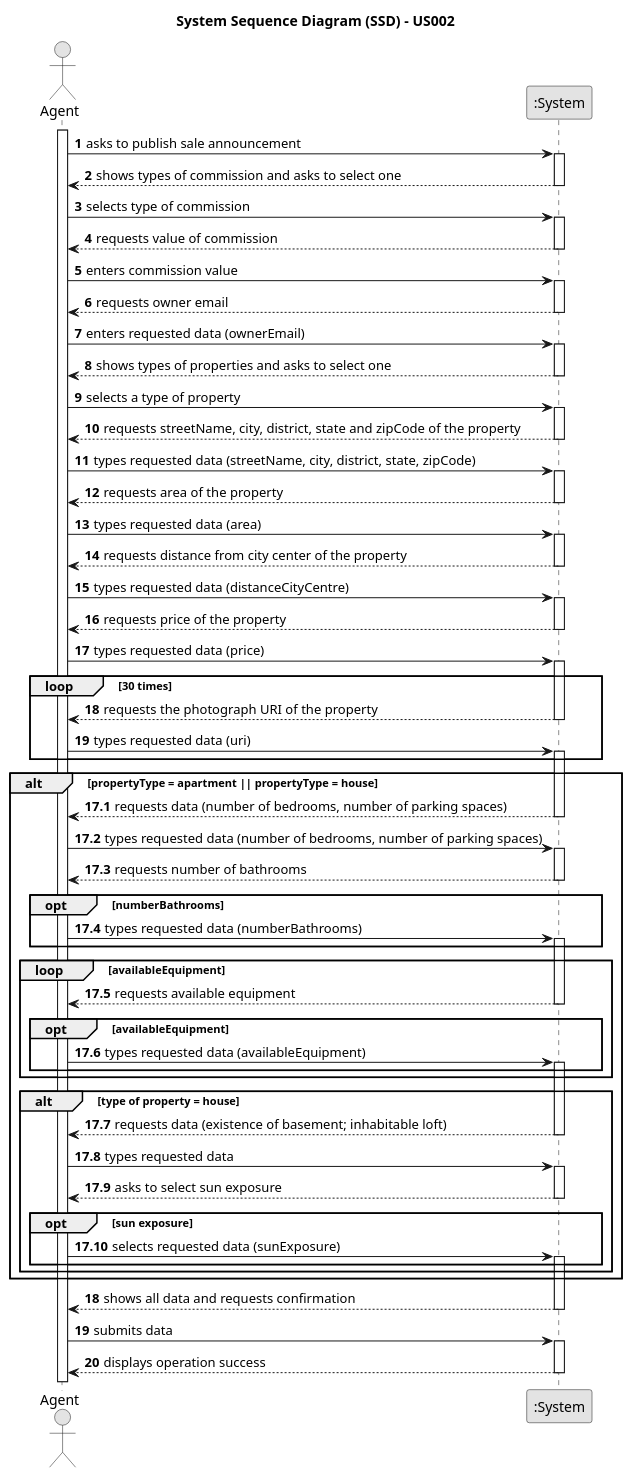
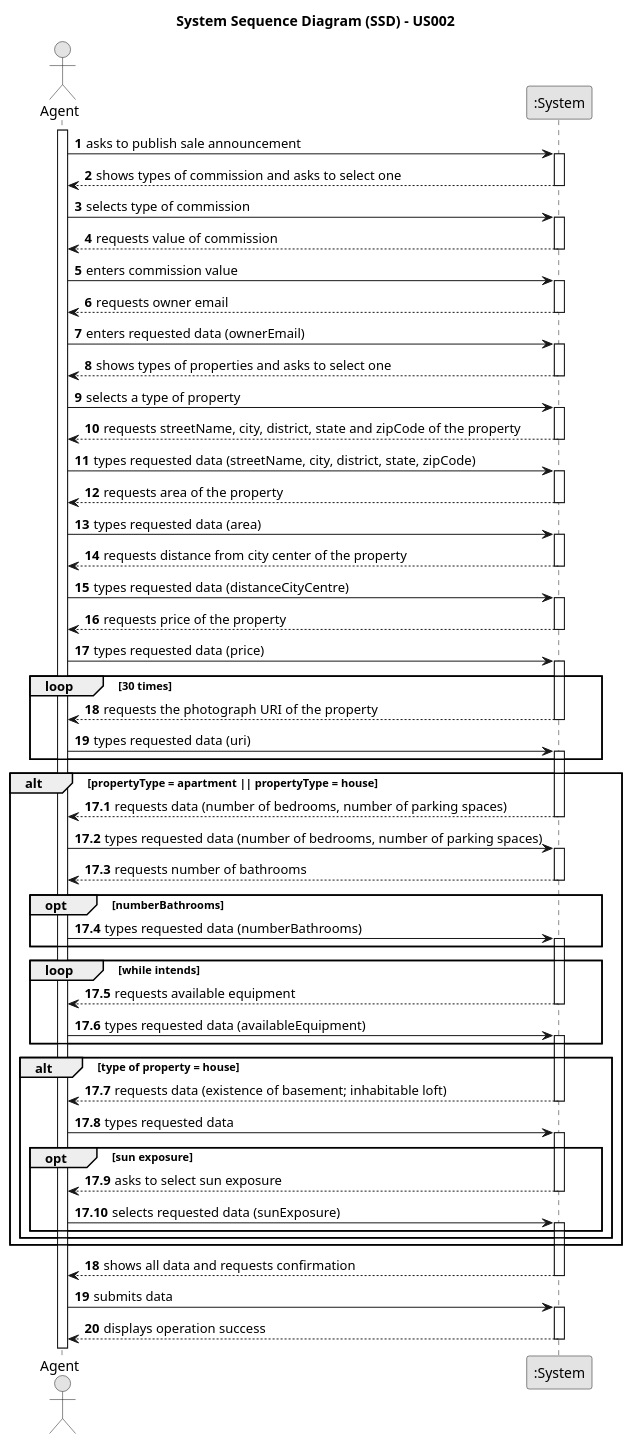
Before and after one commit to rita-barbosa/LAPR2-2223: the diagram in docs/sprintC/us002/01.requirements-engineering/puml/us002-system-sequence-diagram.puml, drawn with PlantUML. The commit also changed 5 other files, not shown here.

```diff
--- a/docs/sprintC/us002/01.requirements-engineering/puml/us002-system-sequence-diagram.puml
+++ b/docs/sprintC/us002/01.requirements-engineering/puml/us002-system-sequence-diagram.puml
@@ -1,129 +1,127 @@
 @startuml
 skinparam monochrome true
 skinparam packageStyle rectangle
 skinparam shadowing false
 
 title System Sequence Diagram (SSD) - US002
 
 autonumber
 
 actor "Agent" as Employee
 participant ":System" as System
 
 activate Employee
 
     Employee -> System : asks to publish sale announcement
     activate System
 
       System --> Employee : shows types of commission and asks to select one
     deactivate System
 
     Employee -> System : selects type of commission
     activate System
 
     System --> Employee : requests value of commission
     deactivate System
 
     Employee -> System : enters commission value
     activate System
 
     System --> Employee : requests owner email
     deactivate System
 
     Employee -> System : enters requested data (ownerEmail)
     activate System
 
     System --> Employee : shows types of properties and asks to select one
     deactivate System
 
     Employee -> System : selects a type of property
     activate System
 
     System --> Employee : requests streetName, city, district, state and zipCode of the property
     deactivate System
 
     Employee -> System : types requested data (streetName, city, district, state, zipCode)
     activate System
 
     System --> Employee : requests area of the property
     deactivate System
 
     Employee -> System : types requested data (area)
     activate System
 
     System --> Employee : requests distance from city center of the property
     deactivate System
 
     Employee -> System : types requested data (distanceCityCentre)
     activate System
 
     System --> Employee : requests price of the property
     deactivate System
 
     Employee -> System : types requested data (price)
     activate System
 
         loop 30 times
         System --> Employee : requests the photograph URI of the property
         deactivate System
         Employee -> System : types requested data (uri)
         activate System
         end loop
 
 
     alt propertyType = apartment || propertyType = house
 
      autonumber 17.1
         System --> Employee : requests data (number of bedrooms, number of parking spaces)
         deactivate System
 
         Employee -> System : types requested data (number of bedrooms, number of parking spaces)
         activate System
 
 
         System --> Employee : requests number of bathrooms
         deactivate System
 
             opt numberBathrooms
             Employee -> System : types requested data (numberBathrooms)
             activate System
             end opt
 
-        loop availableEquipment
+        loop while intends
         System --> Employee : requests available equipment
         deactivate System
-            opt availableEquipment
-                Employee -> System : types requested data (availableEquipment)
-                activate System
-            end opt
+
+        Employee -> System : types requested data (availableEquipment)
+        activate System
         end loop
 
         alt type of property = house
 
         System --> Employee : requests data (existence of basement; inhabitable loft)
         deactivate System
 
         Employee -> System : types requested data
         activate System
 
-        System --> Employee : asks to select sun exposure
-        deactivate System
-
             opt sun exposure
+            System --> Employee : asks to select sun exposure
+            deactivate System
             Employee -> System : selects requested data (sunExposure)
             activate System
             end opt
 
         end
     end
     autonumber 18
         System --> Employee : shows all data and requests confirmation
     deactivate System
 
     Employee -> System : submits data
     activate System
 
         System --> Employee : displays operation success
     deactivate System
 
 @enduml
```
